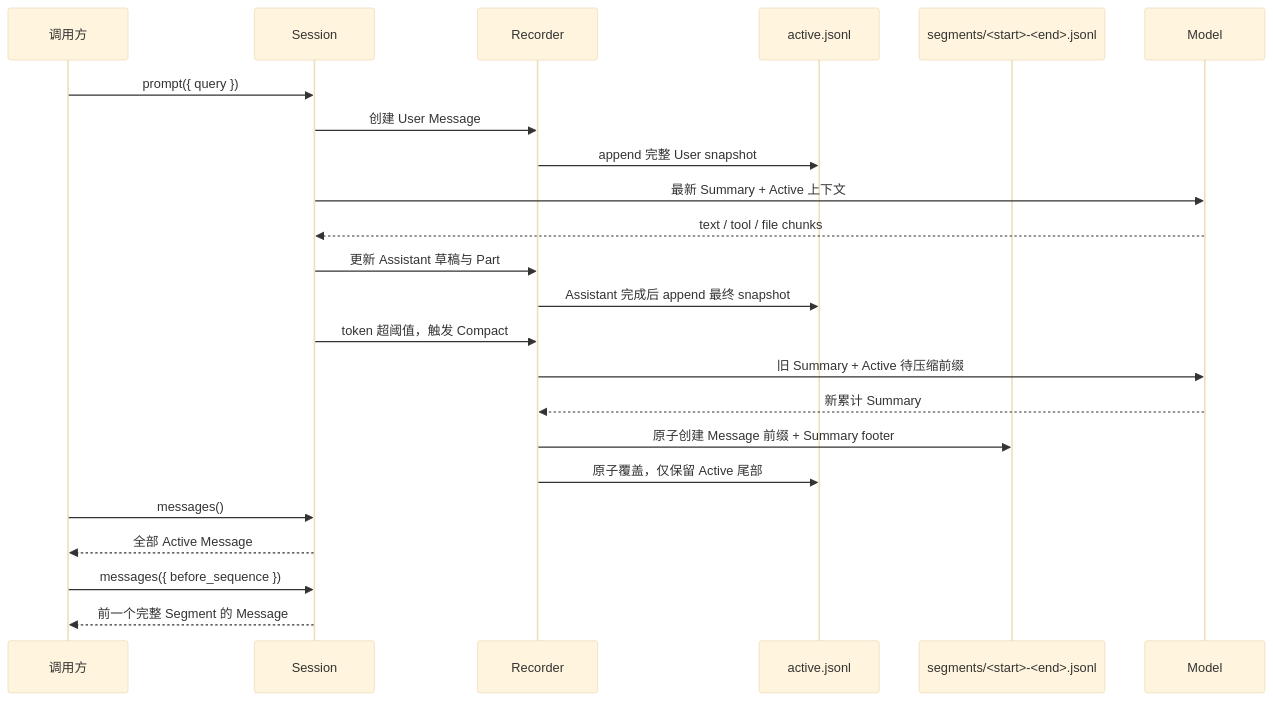
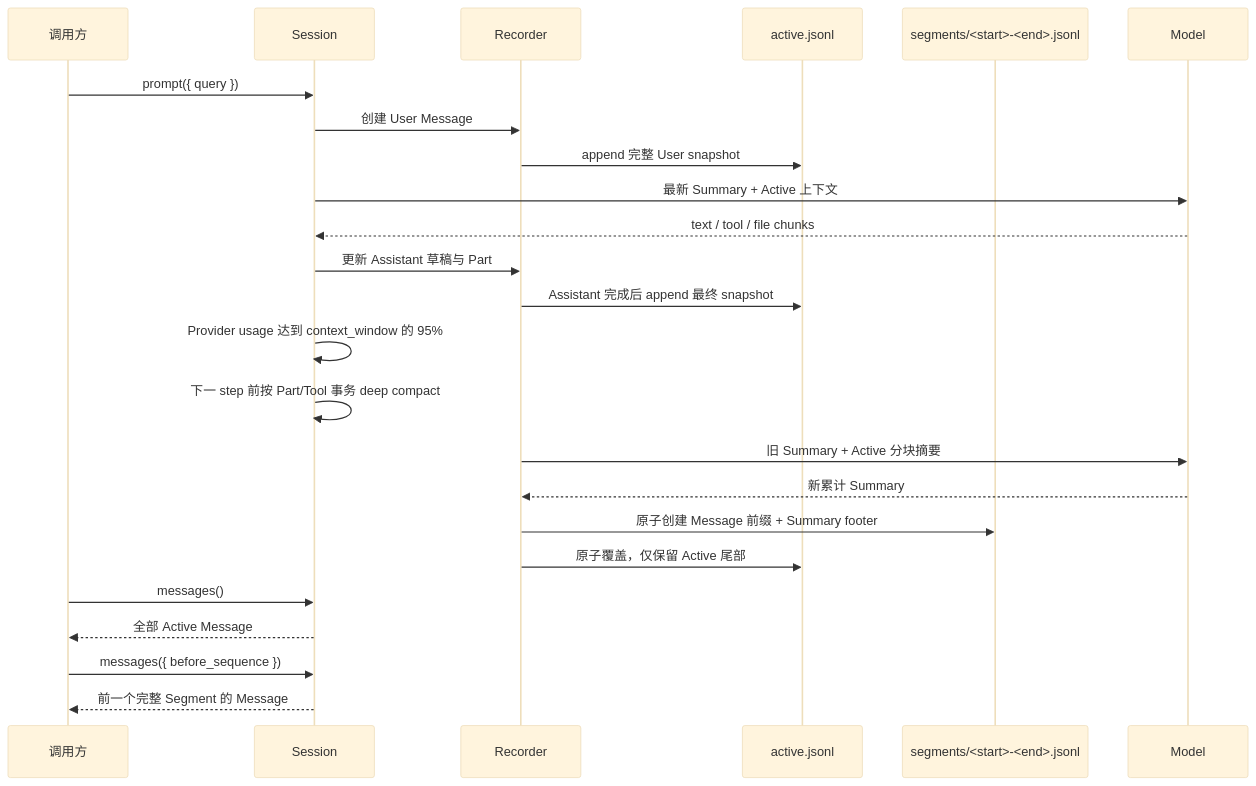
One commit to wangenius/downcity changed the diagram in homepage/content/agent-sdk-docs/zh/sessions/metadata-and-storage.mdx. Above: the diagram before and after it, drawn with Mermaid (base theme). The commit also changed other lines of this file and 17 other files, not shown here.

Commit message:
feat(agent): compact context from provider usage

````diff
--- a/homepage/content/agent-sdk-docs/zh/sessions/metadata-and-storage.mdx
+++ b/homepage/content/agent-sdk-docs/zh/sessions/metadata-and-storage.mdx
@@ -51,26 +53,27 @@
 ```mermaid
 sequenceDiagram
     participant App as 调用方
     participant Session
     participant Recorder
     participant Active as active.jsonl
     participant Segment as segments/<start>-<end>.jsonl
     participant Model
 
     App->>Session: prompt({ query })
     Session->>Recorder: 创建 User Message
     Recorder->>Active: append 完整 User snapshot
     Session->>Model: 最新 Summary + Active 上下文
     Model-->>Session: text / tool / file chunks
     Session->>Recorder: 更新 Assistant 草稿与 Part
     Recorder->>Active: Assistant 完成后 append 最终 snapshot
-    Session->>Recorder: token 超阈值，触发 Compact
-    Recorder->>Model: 旧 Summary + Active 待压缩前缀
+    Session->>Session: Provider usage 达到 context_window 的 95%
+    Session->>Session: 下一 step 前按 Part/Tool 事务 deep compact
+    Recorder->>Model: 旧 Summary + Active 分块摘要
     Model-->>Recorder: 新累计 Summary
     Recorder->>Segment: 原子创建 Message 前缀 + Summary footer
     Recorder->>Active: 原子覆盖，仅保留 Active 尾部
     App->>Session: messages()
     Session-->>App: 全部 Active Message
     App->>Session: messages({ before_sequence })
     Session-->>App: 前一个完整 Segment 的 Message
 ```
````
